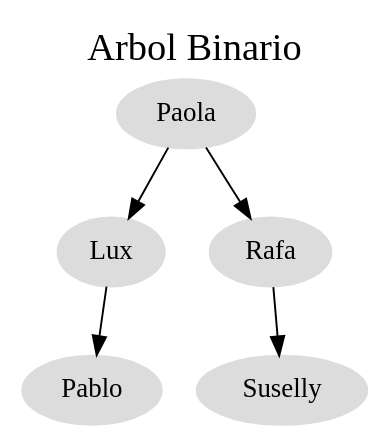
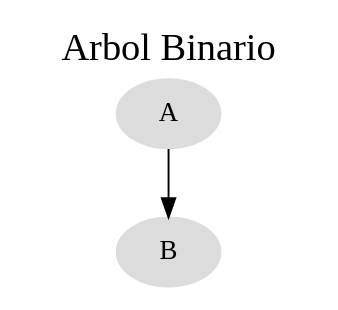
The diagram in EDD_1S2020_PY1_201801237/ArbolBinarioBusqueda.dot (JoseMorente98/EDD-Proyecto-1), drawn with Graphviz before and after one commit. The commit also changed 48 other files, not shown here.

```diff
--- a/EDD_1S2020_PY1_201801237/ArbolBinarioBusqueda.dot
+++ b/EDD_1S2020_PY1_201801237/ArbolBinarioBusqueda.dot
@@ -1,14 +1,8 @@
 digraph ArbolBinario {
 	rankdir=TB;
 	node[shape = ellipse, fontcolor = black, style = filled, color = gainsboro];
 	graph[label = "Arbol Binario", labelloc = t, fontsize = 20];
-	Object1[ label ="Paola"];
-	Object2[ label ="Lux"];
-	Object3 [ label ="Pablo"];
-Object2->Object3
+	Object1[ label ="A"];
+	Object2 [ label ="B"];
 Object1->Object2
-	Object4[ label ="Rafa"];
-	Object5 [ label ="Suselly"];
-Object4->Object5
-Object1->Object4
 }
```
